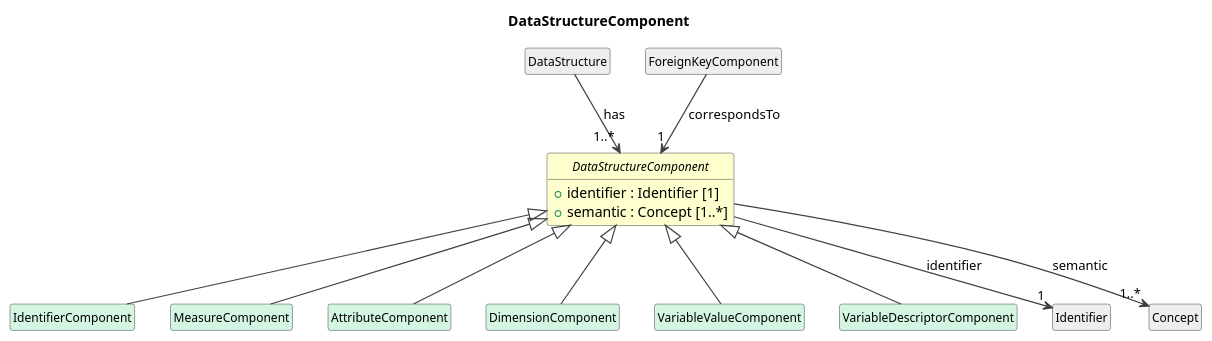
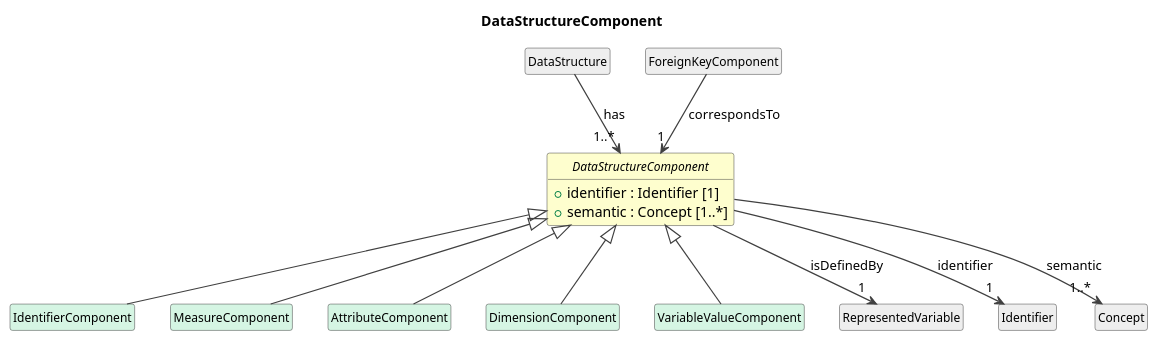
One commit to Cross-Domain-Interoperability-Framework/metadataBuildingBlocks changed the diagram in cdif-uml-model/CDIFDataStructure/Classes/DataStructureComponent.pu. Above: the diagram before and after it, drawn with PlantUML. The commit also changed 54 other files, not shown here.

Commit message:
Regenerate UML model browser: component isDefinedBy refactor

```diff
--- a/cdif-uml-model/CDIFDataStructure/Classes/DataStructureComponent.pu
+++ b/cdif-uml-model/CDIFDataStructure/Classes/DataStructureComponent.pu
@@ -1,38 +1,38 @@
 @startuml
 title DataStructureComponent
 hide circle
 hide empty members
 skinparam shadowing false
 skinparam ArrowThickness 1.2
 skinparam class {
   ArrowColor #404040
   BorderColor #404040
   FontSize 12
 }
 
 abstract class "DataStructureComponent" as DataStructureComponent #FEFECE {
   +identifier : Identifier [1]
   +semantic : Concept [1..*]
 }
 class "IdentifierComponent" as IdentifierComponent #D5F5E3
 DataStructureComponent <|-- IdentifierComponent
 class "MeasureComponent" as MeasureComponent #D5F5E3
 DataStructureComponent <|-- MeasureComponent
 class "AttributeComponent" as AttributeComponent #D5F5E3
 DataStructureComponent <|-- AttributeComponent
 class "DimensionComponent" as DimensionComponent #D5F5E3
 DataStructureComponent <|-- DimensionComponent
 class "VariableValueComponent" as VariableValueComponent #D5F5E3
 DataStructureComponent <|-- VariableValueComponent
-class "VariableDescriptorComponent" as VariableDescriptorComponent #D5F5E3
-DataStructureComponent <|-- VariableDescriptorComponent
 class "DataStructure" as DataStructure #EEEEEE
 DataStructure --> "1..*" DataStructureComponent : has
+class "RepresentedVariable" as RepresentedVariable #EEEEEE
+DataStructureComponent --> "1" RepresentedVariable : isDefinedBy
 class "ForeignKeyComponent" as ForeignKeyComponent #EEEEEE
 ForeignKeyComponent --> "1" DataStructureComponent : correspondsTo
 class "Identifier" as Identifier #EEEEEE
 DataStructureComponent --> "1" Identifier : identifier
 class "Concept" as Concept #EEEEEE
 DataStructureComponent --> "1..*" Concept : semantic
 
 @enduml
```
